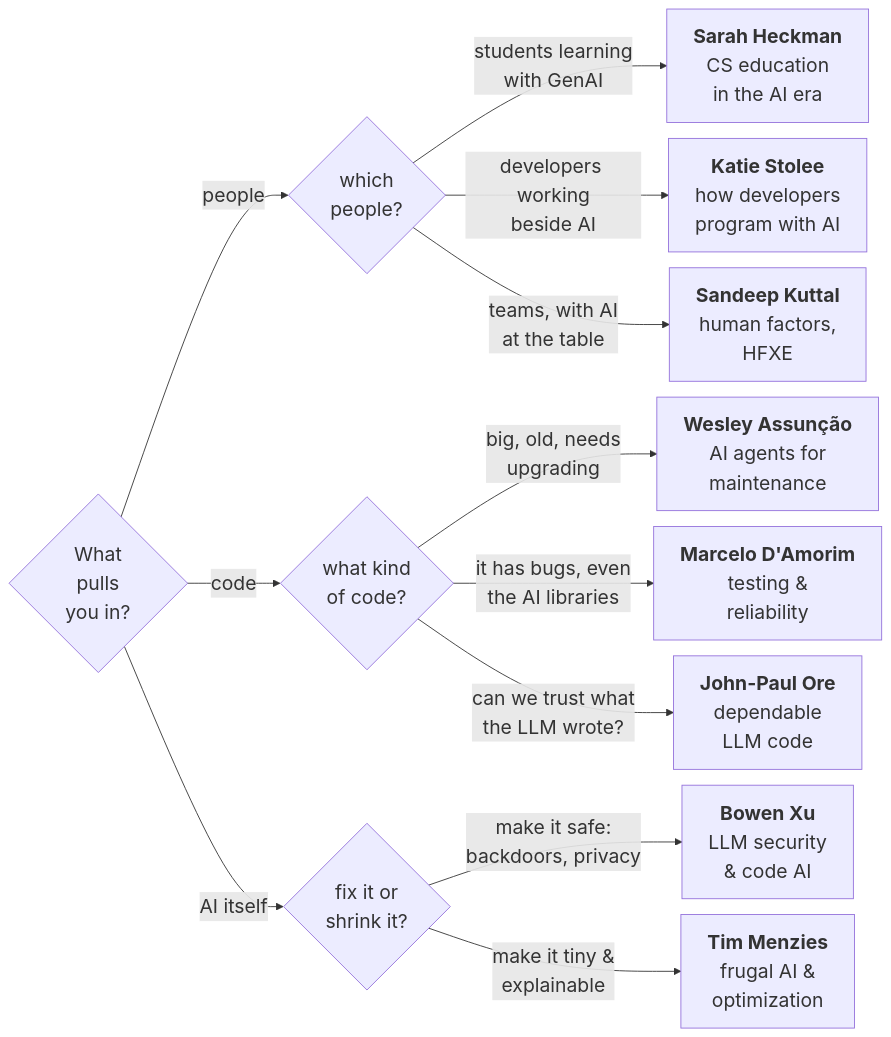
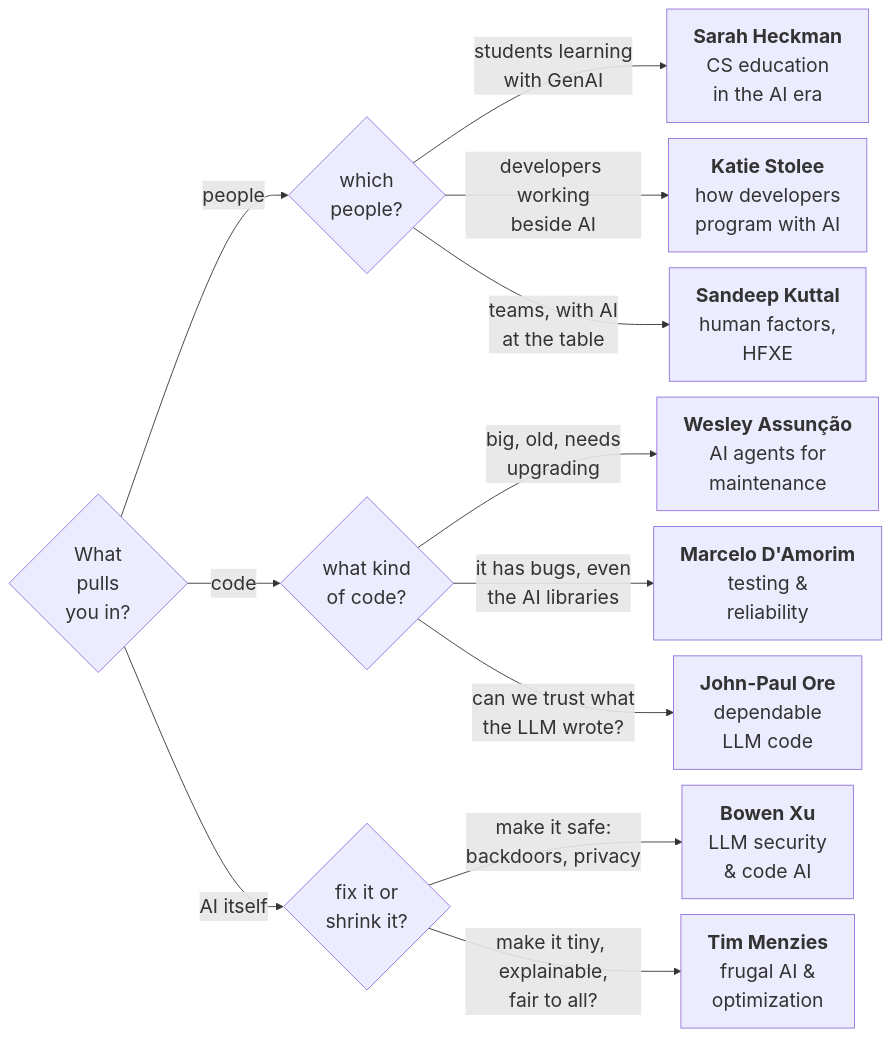
One commit to ncsu-software/tmp changed the diagram in pick.md. Above: the diagram before and after it, drawn with Mermaid. The commit also changed other lines of this file and 6 other files, not shown here.

````diff
--- a/pick.md
+++ b/pick.md
@@ -17,16 +18,16 @@
 ```mermaid
 %%{init: {'themeVariables': {'fontSize': '22px'}, 'flowchart': {'nodeSpacing': 18, 'rankSpacing': 28}}}%%
 flowchart LR
   A{What<br>pulls<br>you in?}
   A -->|people| B{which<br>people?}
   A -->|code| C{what kind<br>of code?}
   A -->|AI itself| D{fix it or<br>shrink it?}
   B -->|students learning<br>with GenAI| SH[<b>Sarah Heckman</b><br>CS education<br>in the AI era]
   B -->|developers working<br>beside AI| KS[<b>Katie Stolee</b><br>how developers<br>program with AI]
   B -->|teams, with AI<br>at the table| SK[<b>Sandeep Kuttal</b><br>human factors,<br>HFXE]
   C -->|big, old, needs<br>upgrading| WA[<b>Wesley Assunção</b><br>AI agents for<br>maintenance]
   C -->|it has bugs, even<br>the AI libraries| MD[<b>Marcelo D'Amorim</b><br>testing &<br>reliability]
   C -->|can we trust what<br>the LLM wrote?| JP[<b>John-Paul Ore</b><br>dependable<br>LLM code]
   D -->|make it safe:<br>backdoors, privacy| BX[<b>Bowen Xu</b><br>LLM security<br>& code AI]
-  D -->|make it tiny &<br>explainable| TM[<b>Tim Menzies</b><br>frugal AI &<br>optimization]
+  D -->|make it tiny, explainable,<br>fair to all?| TM[<b>Tim Menzies</b><br>frugal AI &<br>optimization]
 ```
````
